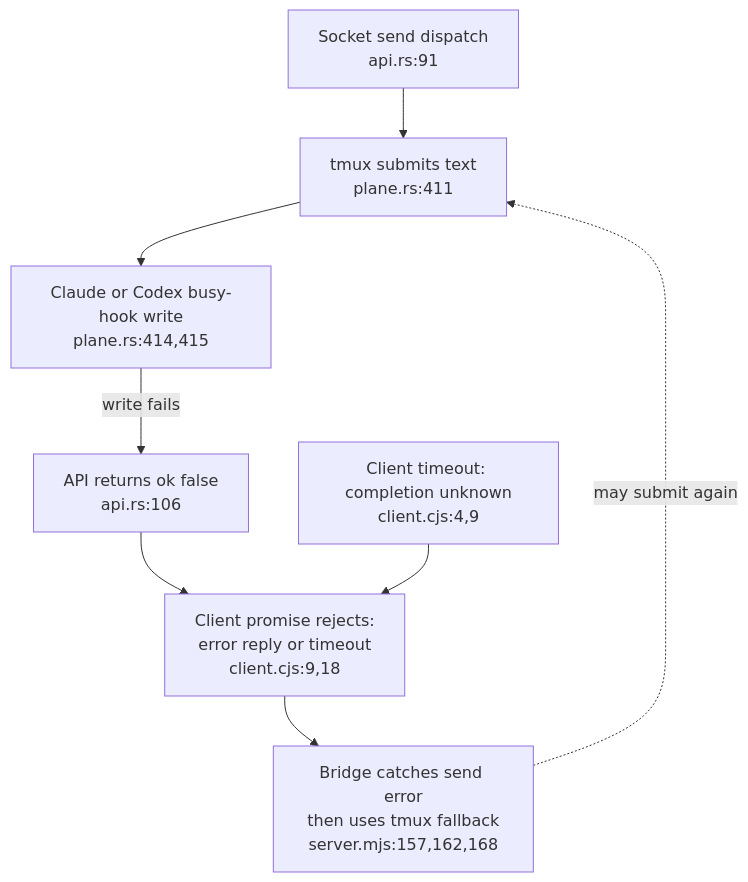
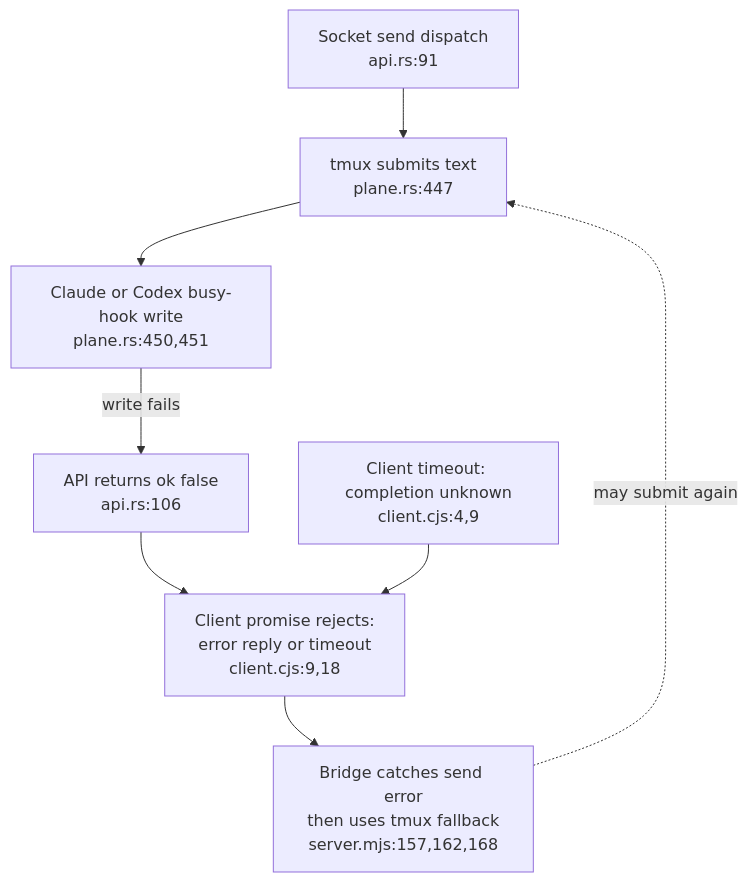
Before and after one commit to DreamLab-AI/VisionFlow: the third of 6 diagrams in docs/diagrams/agentbox/39-session-reconciliation-and-delivery.md, drawn with Mermaid. The commit also changed other lines of this file and 9 other files, not shown here.

````diff
--- a/docs/diagrams/agentbox/39-session-reconciliation-and-delivery.md
+++ b/docs/diagrams/agentbox/39-session-reconciliation-and-delivery.md
@@ -60,10 +61,10 @@
 ```mermaid
 flowchart TD
-    REQUEST["Socket send dispatch<br/>api.rs:91"] --> SUBMIT["tmux submits text<br/>plane.rs:411"]
-    SUBMIT --> HOOK["Claude or Codex busy-hook write<br/>plane.rs:414,415"]
+    REQUEST["Socket send dispatch<br/>api.rs:91"] --> SUBMIT["tmux submits text<br/>plane.rs:447"]
+    SUBMIT --> HOOK["Claude or Codex busy-hook write<br/>plane.rs:450,451"]
     HOOK -->|write fails| FAIL["API returns ok false<br/>api.rs:106"]
     FAIL --> CLIENT["Client promise rejects:<br/>error reply or timeout<br/>client.cjs:9,18"]
     TIME["Client timeout: completion unknown<br/>client.cjs:4,9"] --> CLIENT
     CLIENT --> FALLBACK["Bridge catches send error<br/>then uses tmux fallback<br/>server.mjs:157,162,168"]
     FALLBACK -.->|may submit again| SUBMIT
 ```
````
